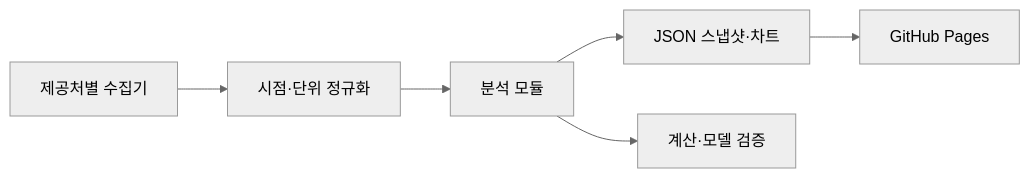
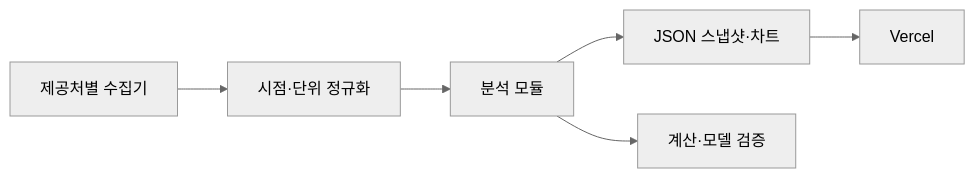
Before and after one commit to kkt5993/sangsangin-investment-dashboard: the diagram in research/ARCHITECTURE.md, drawn with Mermaid (neutral theme). The commit also changed other lines of this file and 39 other files, not shown here.

````diff
--- a/research/ARCHITECTURE.md
+++ b/research/ARCHITECTURE.md
@@ -5,8 +5,8 @@
 ```mermaid
 flowchart LR
   A[제공처별 수집기] --> B[시점·단위 정규화]
   B --> C[분석 모듈]
   C --> D[JSON 스냅샷·차트]
-  D --> E[GitHub Pages]
+  D --> E[Vercel]
   C --> F[계산·모델 검증]
 ```
````
